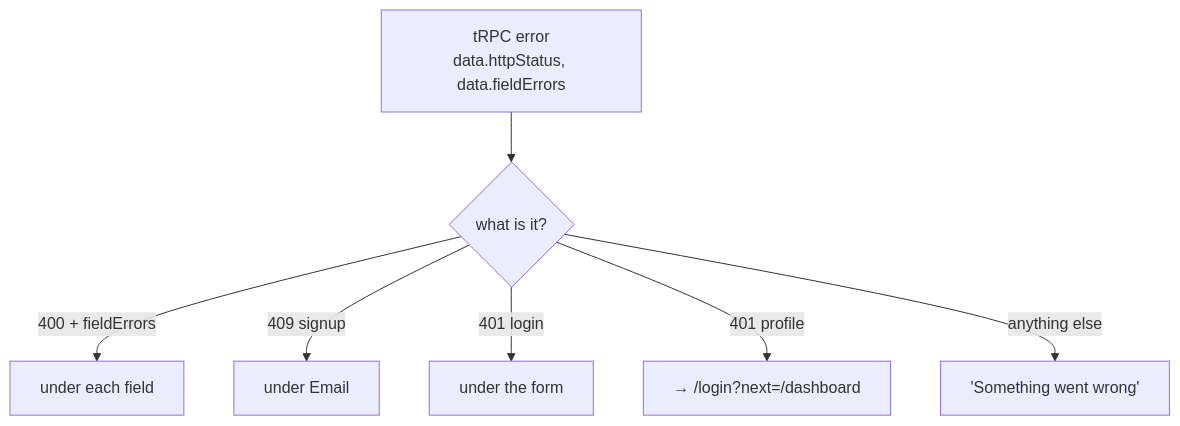
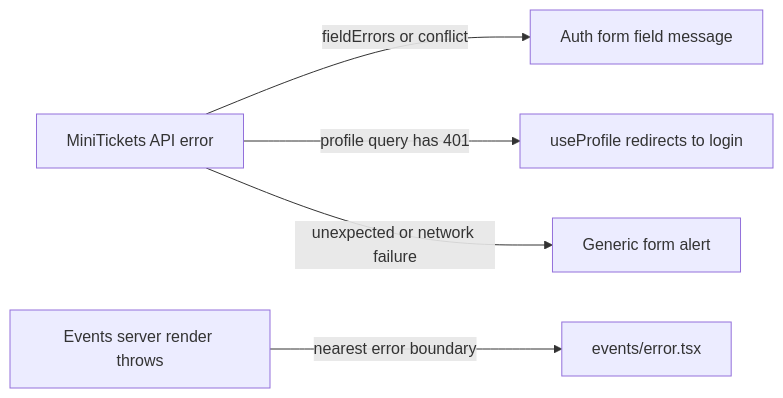
One commit to maheshnd/minitickets changed the diagram in docs/handbook/concepts/ui-error-handling.md. Above: the diagram before and after it, drawn with Mermaid. The commit also changed other lines of this file and 119 other files, not shown here.

````diff
--- a/docs/handbook/concepts/ui-error-handling.md
+++ b/docs/handbook/concepts/ui-error-handling.md
@@ -20,9 +18,7 @@
 ```mermaid
-flowchart TB
-    err["tRPC error<br/>data.httpStatus, data.fieldErrors"] --> f{"what is it?"}
-    f -->|"400 + fieldErrors"| field["under each field"]
-    f -->|"409 signup"| email["under Email"]
-    f -->|"401 login"| form["under the form"]
-    f -->|"401 profile"| redir["→ /login?next=/dashboard"]
-    f -->|"anything else"| generic["'Something went wrong'"]
+flowchart LR
+api["MiniTickets API error"] -->|"fieldErrors or conflict"| form["Auth form field message"]
+    api -->|"profile query has 401"| hook["useProfile redirects to login"]
+    api -->|"unexpected or network failure"| general["Generic form alert"]
+    render["Events server render throws"] -->|"nearest error boundary"| boundary["events/error.tsx"]
 ```
````
